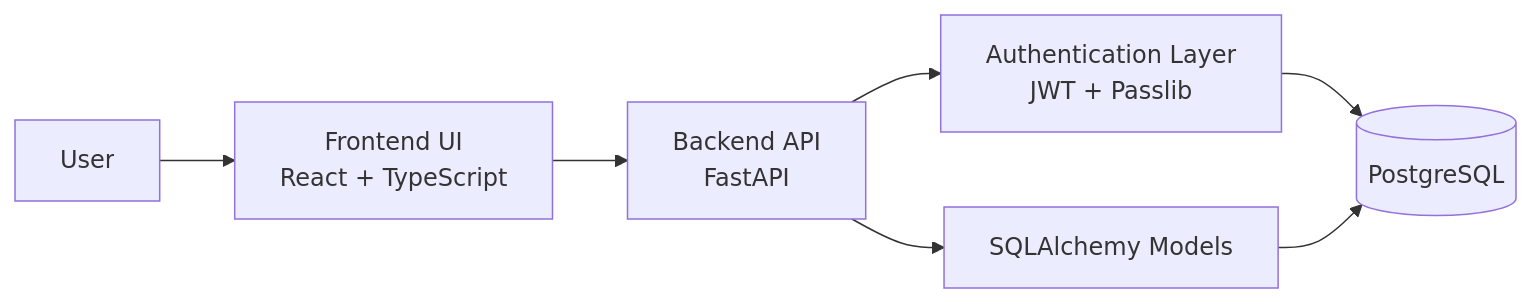
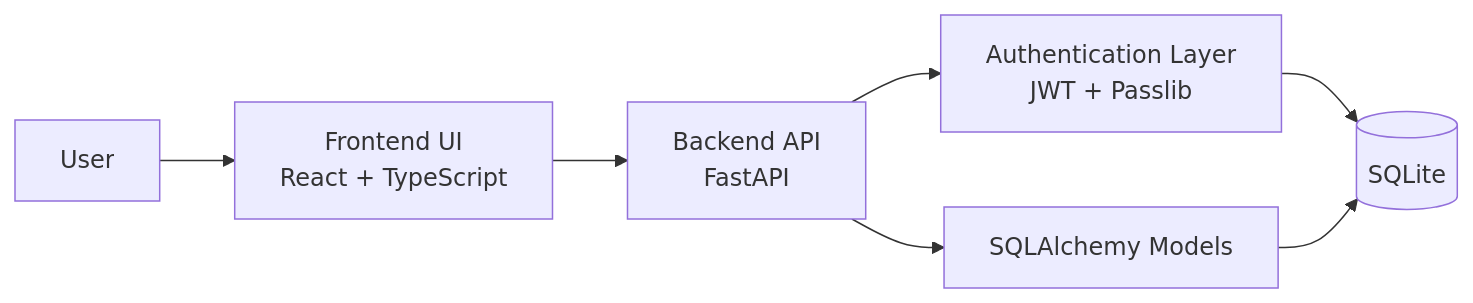
The first of 2 diagrams in docs/architecture.md (RonNoiman/AI-SOC-ASSISTANT), drawn with Mermaid before and after one commit. The commit also changed other lines of this file and 41 other files, not shown here.

````diff
--- a/docs/architecture.md
+++ b/docs/architecture.md
@@ -68,16 +68,16 @@
 ```mermaid
 flowchart LR
     U[User]
     UI[Frontend UI\nReact + TypeScript]
     API[Backend API\nFastAPI]
     AUTH[Authentication Layer\nJWT + Passlib]
-    DB[(PostgreSQL)]
+    DB[(SQLite)]
     MODELS[SQLAlchemy Models]
 
     U --> UI
     UI --> API
     API --> AUTH
     AUTH --> DB
     API --> MODELS
     MODELS --> DB
 ```
````
